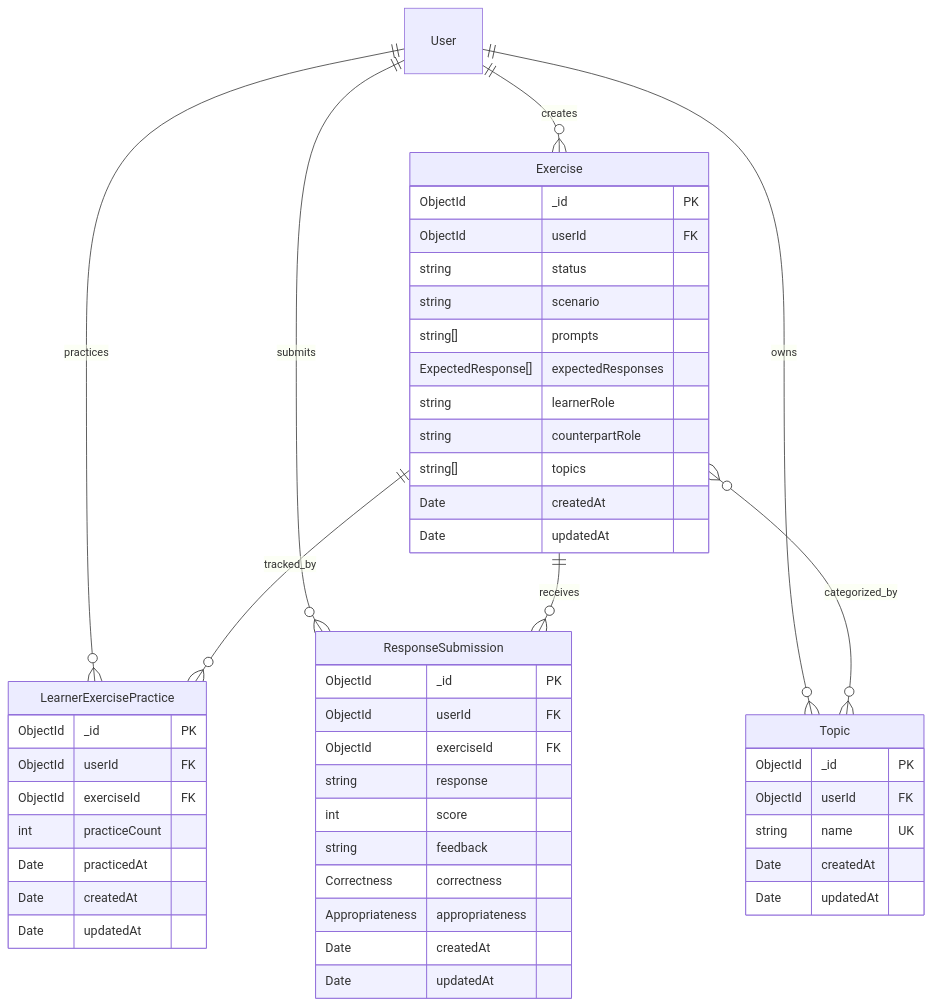
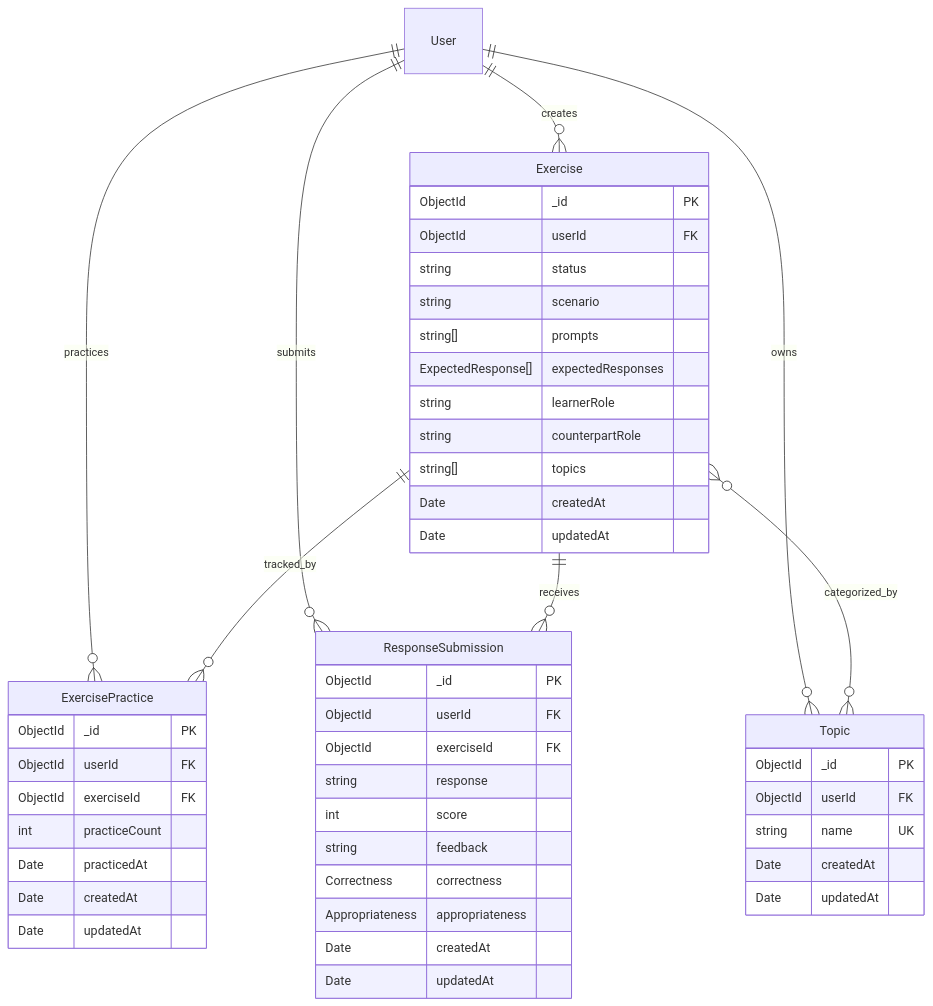
The diagram in docs/design/data/communication.md (lamhq/fluento), drawn with Mermaid before and after one commit. The commit also changed other lines of this file and 7 other files, not shown here.

````diff
--- a/docs/design/data/communication.md
+++ b/docs/design/data/communication.md
@@ -9,55 +9,55 @@
 ```mermaid
 erDiagram
     User ||--o{ Exercise : creates
     User ||--o{ Topic : owns
-    User ||--o{ LearnerExercisePractice : practices
+    User ||--o{ ExercisePractice : practices
     User ||--o{ ResponseSubmission : submits
-    Exercise ||--o{ LearnerExercisePractice : tracked_by
+    Exercise ||--o{ ExercisePractice : tracked_by
     Exercise ||--o{ ResponseSubmission : receives
     Exercise }o--o{ Topic : categorized_by
 
     Exercise {
         ObjectId _id PK
         ObjectId userId FK
         string status
         string scenario
         string[] prompts
         ExpectedResponse[] expectedResponses
         string learnerRole
         string counterpartRole
         string[] topics
         Date createdAt
         Date updatedAt
     }
 
     Topic {
         ObjectId _id PK
         ObjectId userId FK
         string name UK
         Date createdAt
         Date updatedAt
     }
 
-    LearnerExercisePractice {
+    ExercisePractice {
         ObjectId _id PK
         ObjectId userId FK
         ObjectId exerciseId FK
         int practiceCount
         Date practicedAt
         Date createdAt
         Date updatedAt
     }
 
     ResponseSubmission {
         ObjectId _id PK
         ObjectId userId FK
         ObjectId exerciseId FK
         string response
         int score
         string feedback
         Correctness correctness
         Appropriateness appropriateness
         Date createdAt
         Date updatedAt
     }
 ```
````
